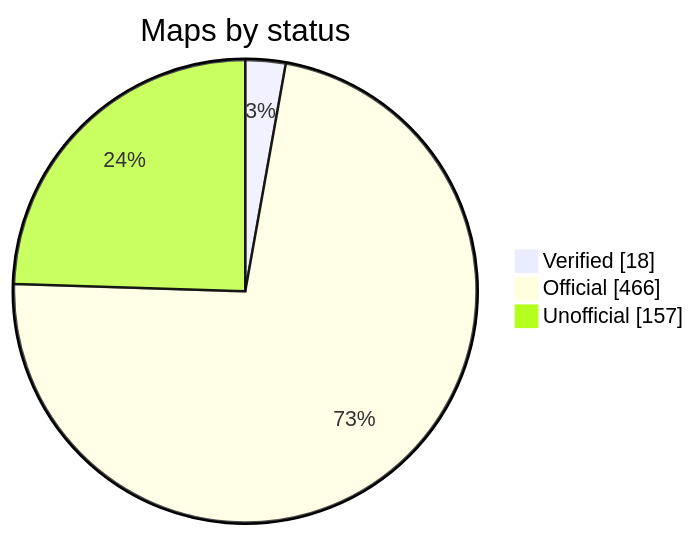
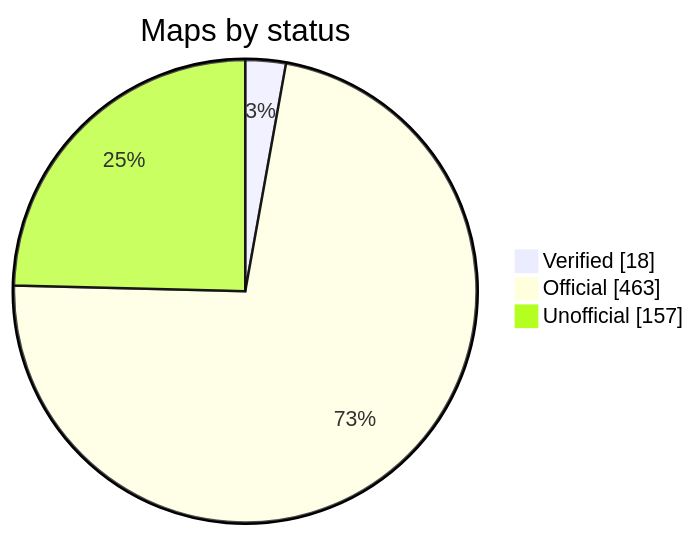
Before and after one commit to nobrega8/mbmap-library: the diagram in README.md, drawn with Mermaid. The commit also changed 10 other files, not shown here.

````diff
--- a/README.md
+++ b/README.md
@@ -52,7 +52,7 @@
 ```mermaid
 pie showData
     title Maps by status
     "Verified" : 18
-    "Official" : 466
+    "Official" : 463
     "Unofficial" : 157
 ```
````
